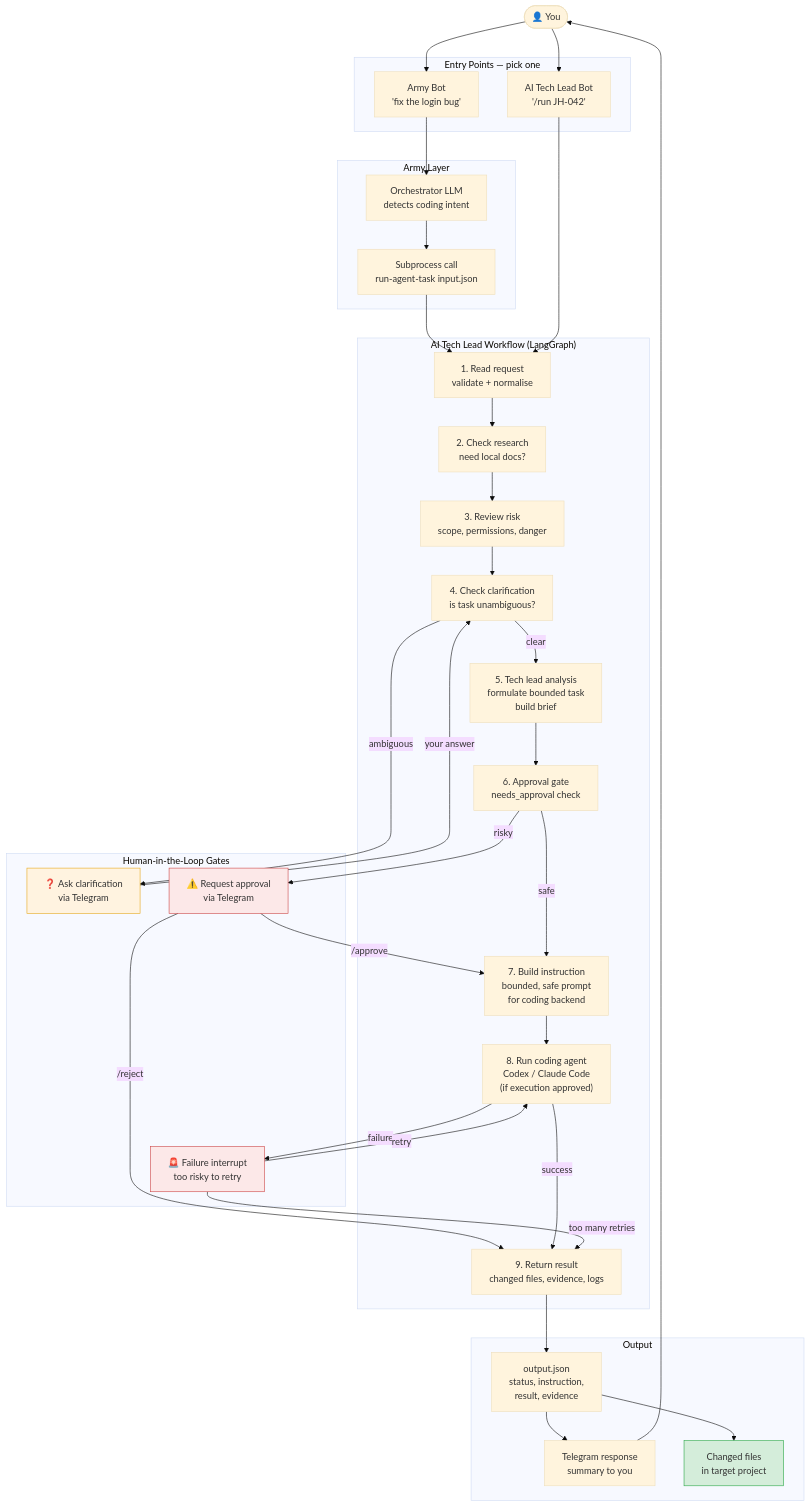
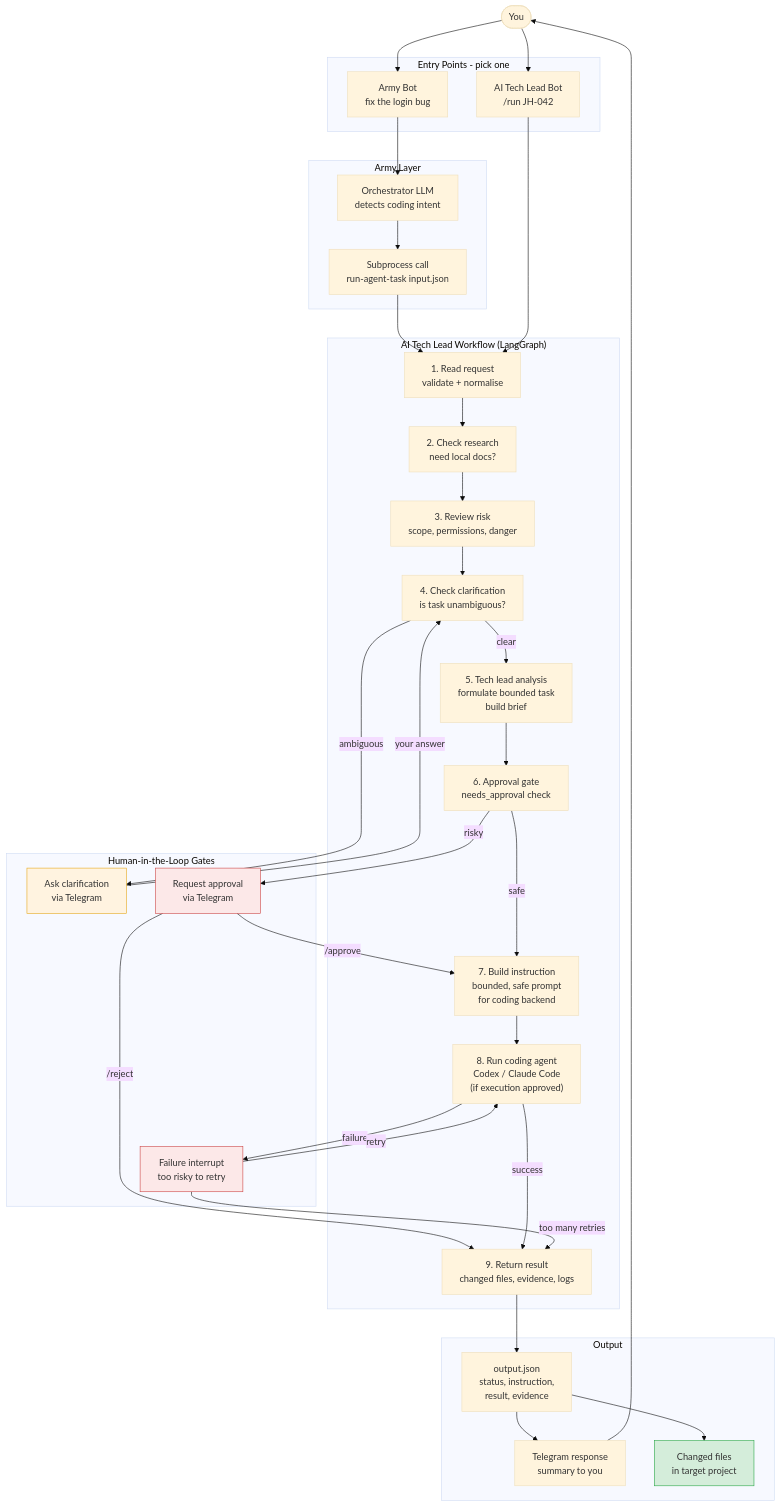
Before and after one commit to robvoto/agent-factory: the diagram in docs/diagrams/06-CODING-TASK-END-TO-END.mmd, drawn with Mermaid (base theme). The commit also changed 11 other files, not shown here.

First line of the commit message:
docs: clean up diagram labels

```diff
--- a/docs/diagrams/06-CODING-TASK-END-TO-END.mmd
+++ b/docs/diagrams/06-CODING-TASK-END-TO-END.mmd
@@ -1,76 +1,76 @@
 flowchart TD
-    You([👤 You])
+    You([You])
 
-    subgraph Entry["Entry Points — pick one"]
-        ArmyTG["Army Bot\n'fix the login bug'"]
-        ATLTGDirect["AI Tech Lead Bot\n'/run JH-042'"]
+    subgraph Entry["Entry Points - pick one"]
+        ArmyTG["Army Bot<br/>fix the login bug"]
+        ATLTGDirect["AI Tech Lead Bot<br/>/run JH-042"]
     end
 
     subgraph ArmyLayer["Army Layer"]
-        ArmyOrch["Orchestrator LLM\ndetects coding intent"]
-        SubProc["Subprocess call\nrun-agent-task input.json"]
+        ArmyOrch["Orchestrator LLM<br/>detects coding intent"]
+        SubProc["Subprocess call<br/>run-agent-task input.json"]
     end
 
     subgraph ATLWorkflow["AI Tech Lead Workflow (LangGraph)"]
-        ReadReq["1. Read request\nvalidate + normalise"]
-        Research["2. Check research\nneed local docs?"]
-        Risk["3. Review risk\nscope, permissions, danger"]
-        Clarify["4. Check clarification\nis task unambiguous?"]
-        Analyse["5. Tech lead analysis\nformulate bounded task\nbuild brief"]
-        Approval["6. Approval gate\nneeds_approval check"]
-        Instruction["7. Build instruction\nbounded, safe prompt\nfor coding backend"]
-        RunAgent["8. Run coding agent\nCodex / Claude Code\n(if execution approved)"]
-        End["9. Return result\nchanged files, evidence, logs"]
+        ReadReq["1. Read request<br/>validate + normalise"]
+        Research["2. Check research<br/>need local docs?"]
+        Risk["3. Review risk<br/>scope, permissions, danger"]
+        Clarify["4. Check clarification<br/>is task unambiguous?"]
+        Analyse["5. Tech lead analysis<br/>formulate bounded task<br/>build brief"]
+        Approval["6. Approval gate<br/>needs_approval check"]
+        Instruction["7. Build instruction<br/>bounded, safe prompt<br/>for coding backend"]
+        RunAgent["8. Run coding agent<br/>Codex / Claude Code<br/>(if execution approved)"]
+        End["9. Return result<br/>changed files, evidence, logs"]
     end
 
     subgraph HumanGates["Human-in-the-Loop Gates"]
-        ClarifyQ["❓ Ask clarification\nvia Telegram"]
-        ApproveQ["⚠️ Request approval\nvia Telegram"]
-        FailQ["🚨 Failure interrupt\ntoo risky to retry"]
+        ClarifyQ["Ask clarification<br/>via Telegram"]
+        ApproveQ["Request approval<br/>via Telegram"]
+        FailQ["Failure interrupt<br/>too risky to retry"]
     end
 
     subgraph Output["Output"]
-        JSONOut["output.json\nstatus, instruction,\nresult, evidence"]
-        TGResponse["Telegram response\nsummary to you"]
-        ChangedFiles["Changed files\nin target project"]
+        JSONOut["output.json<br/>status, instruction,<br/>result, evidence"]
+        TGResponse["Telegram response<br/>summary to you"]
+        ChangedFiles["Changed files<br/>in target project"]
     end
 
     You --> ArmyTG
     You --> ATLTGDirect
 
     ArmyTG --> ArmyOrch
     ArmyOrch --> SubProc
     SubProc --> ReadReq
     ATLTGDirect --> ReadReq
 
     ReadReq --> Research
     Research --> Risk
     Risk --> Clarify
 
     Clarify -->|ambiguous| ClarifyQ
     ClarifyQ -->|your answer| Clarify
 
     Clarify -->|clear| Analyse
     Analyse --> Approval
 
     Approval -->|risky| ApproveQ
     ApproveQ -->|/approve| Instruction
     ApproveQ -->|/reject| End
 
     Approval -->|safe| Instruction
     Instruction --> RunAgent
 
     RunAgent -->|success| End
     RunAgent -->|failure| FailQ
     FailQ -->|retry| RunAgent
     FailQ -->|too many retries| End
 
     End --> JSONOut
     JSONOut --> TGResponse
     JSONOut --> ChangedFiles
     TGResponse --> You
 
     style ClarifyQ fill:#fff3e0,stroke:#e6a817
     style ApproveQ fill:#fce8e8,stroke:#cc4444
     style FailQ fill:#fce8e8,stroke:#cc4444
     style ChangedFiles fill:#d4edda,stroke:#28a745
```
